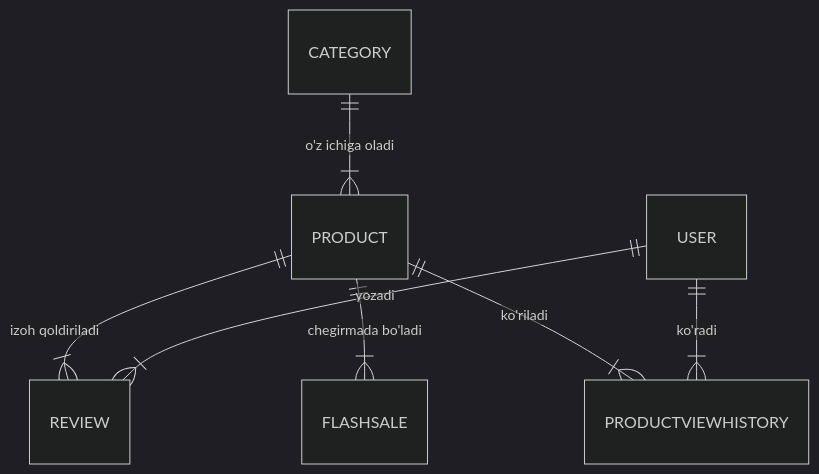
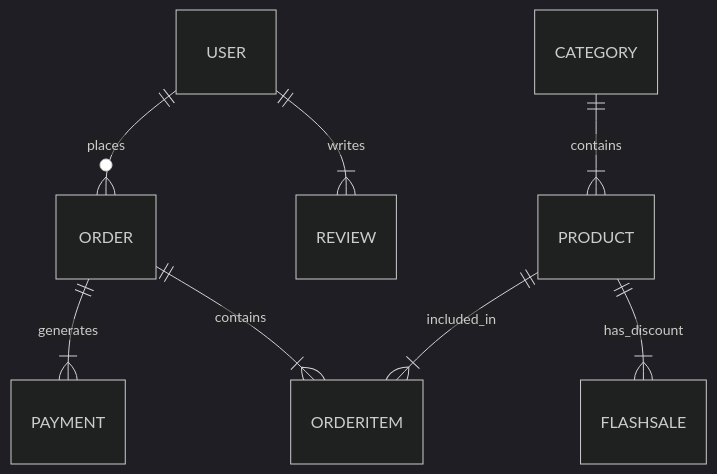
Before and after one commit to SardorToirov/Shop-api: the diagram in README.md, drawn with Mermaid (dark theme). The commit also changed other lines of this file, not shown here.

````diff
--- a/README.md
+++ b/README.md
@@ -45,9 +48,10 @@
 ```mermaid
 erDiagram
-    CATEGORY ||--|{ PRODUCT : "o'z ichiga oladi"
-    PRODUCT ||--|{ REVIEW : "izoh qoldiriladi"
-    PRODUCT ||--|{ FLASHSALE : "chegirmada bo'ladi"
-    PRODUCT ||--|{ PRODUCTVIEWHISTORY : "ko'riladi"
-    USER ||--|{ REVIEW : "yozadi"
-    USER ||--|{ PRODUCTVIEWHISTORY : "ko'radi"
+    USER ||--o{ ORDER : places
+    USER ||--|{ REVIEW : writes
+    ORDER ||--|{ PAYMENT : generates
+    ORDER ||--|{ ORDERITEM : contains
+    PRODUCT ||--|{ ORDERITEM : included_in
+    PRODUCT ||--|{ FLASHSALE : has_discount
+    CATEGORY ||--|{ PRODUCT : contains
 ```
````
